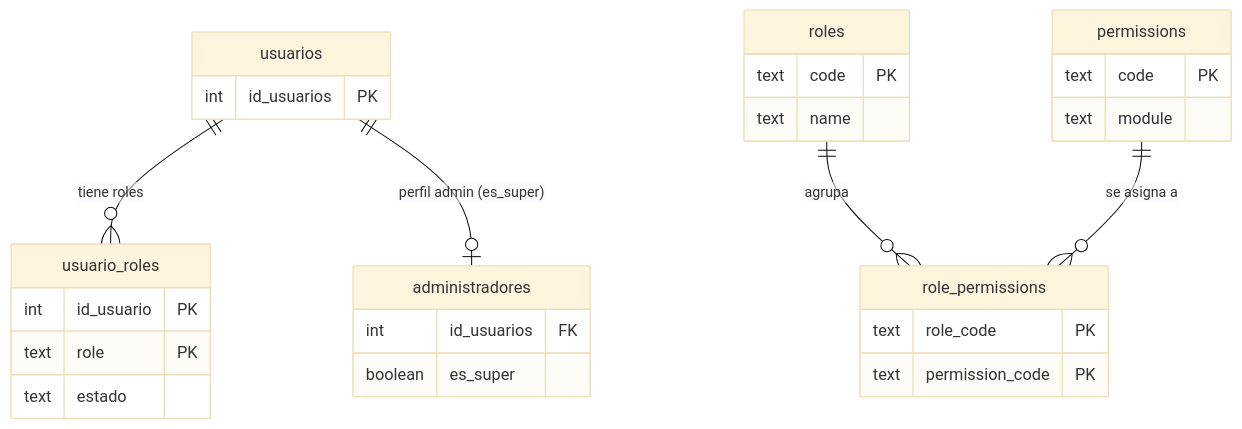
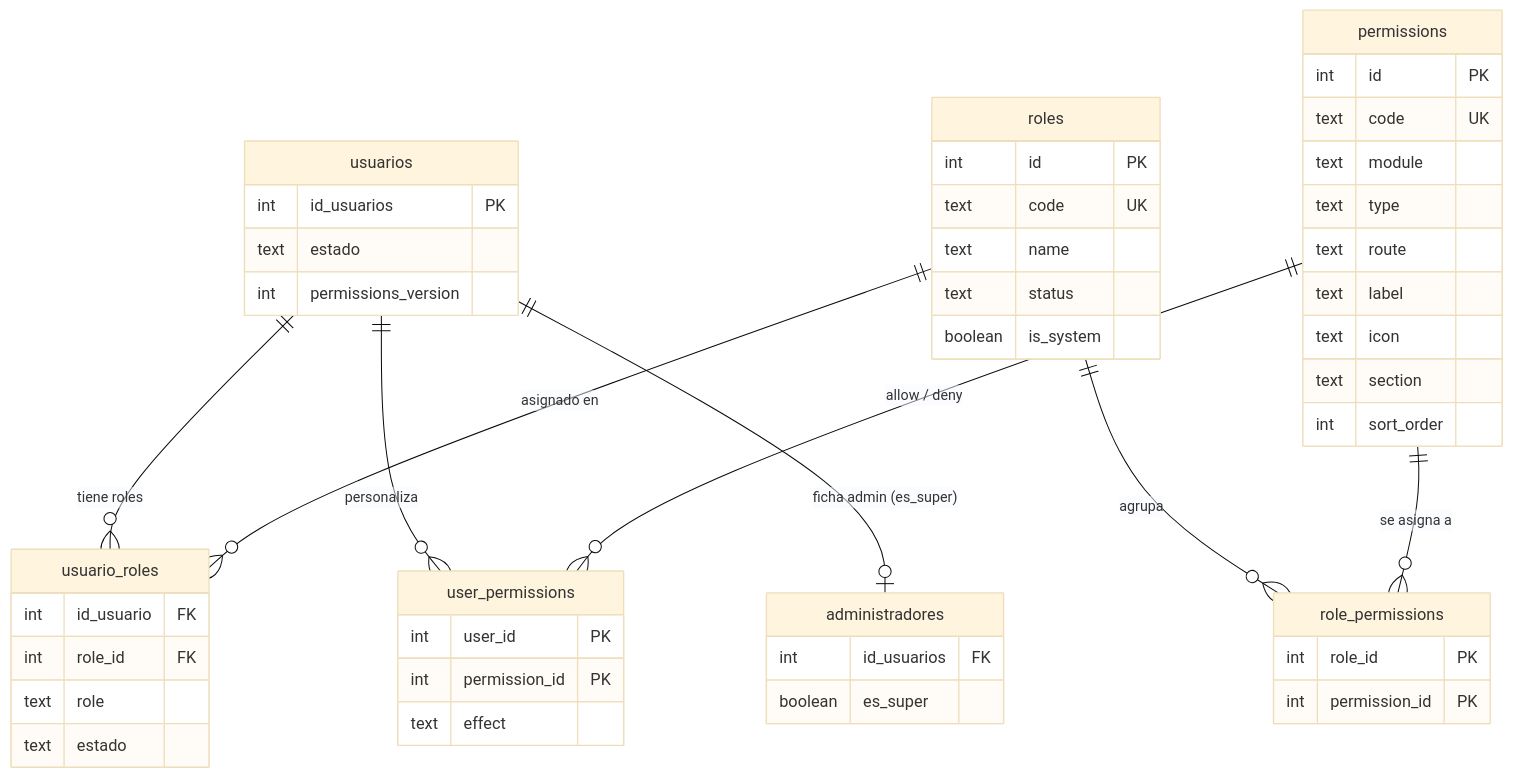
One commit to ELVISrodrigo123/Perezoso changed the first of 2 diagrams in docs/roles-and-permissions.md. Above: the diagram before and after it, drawn with Mermaid (base theme). The commit also changed other lines of this file and 1 other file, not shown here.

First line of the commit message:
docs: update roles and deployment docs

````diff
--- a/docs/roles-and-permissions.md
+++ b/docs/roles-and-permissions.md
@@ -20,14 +22,18 @@
 ```mermaid
 erDiagram
   usuarios ||--o{ usuario_roles : "tiene roles"
-  usuarios ||--o| administradores : "perfil admin (es_super)"
+  roles ||--o{ usuario_roles : "asignado en"
   roles ||--o{ role_permissions : agrupa
   permissions ||--o{ role_permissions : "se asigna a"
+  usuarios ||--o{ user_permissions : personaliza
+  permissions ||--o{ user_permissions : "allow / deny"
+  usuarios ||--o| administradores : "ficha admin (es_super)"
 
-  usuarios { int id_usuarios PK }
-  usuario_roles { int id_usuario PK text role PK text estado }
+  usuarios { int id_usuarios PK text estado int permissions_version }
+  usuario_roles { int id_usuario FK int role_id FK text role text estado }
+  roles { int id PK text code UK text name text status boolean is_system }
+  permissions { int id PK text code UK text module text type text route text label text icon text section int sort_order }
+  role_permissions { int role_id PK int permission_id PK }
+  user_permissions { int user_id PK int permission_id PK text effect }
   administradores { int id_usuarios FK boolean es_super }
-  roles { text code PK text name }
-  permissions { text code PK text module }
-  role_permissions { text role_code PK text permission_code PK }
 ```
````
